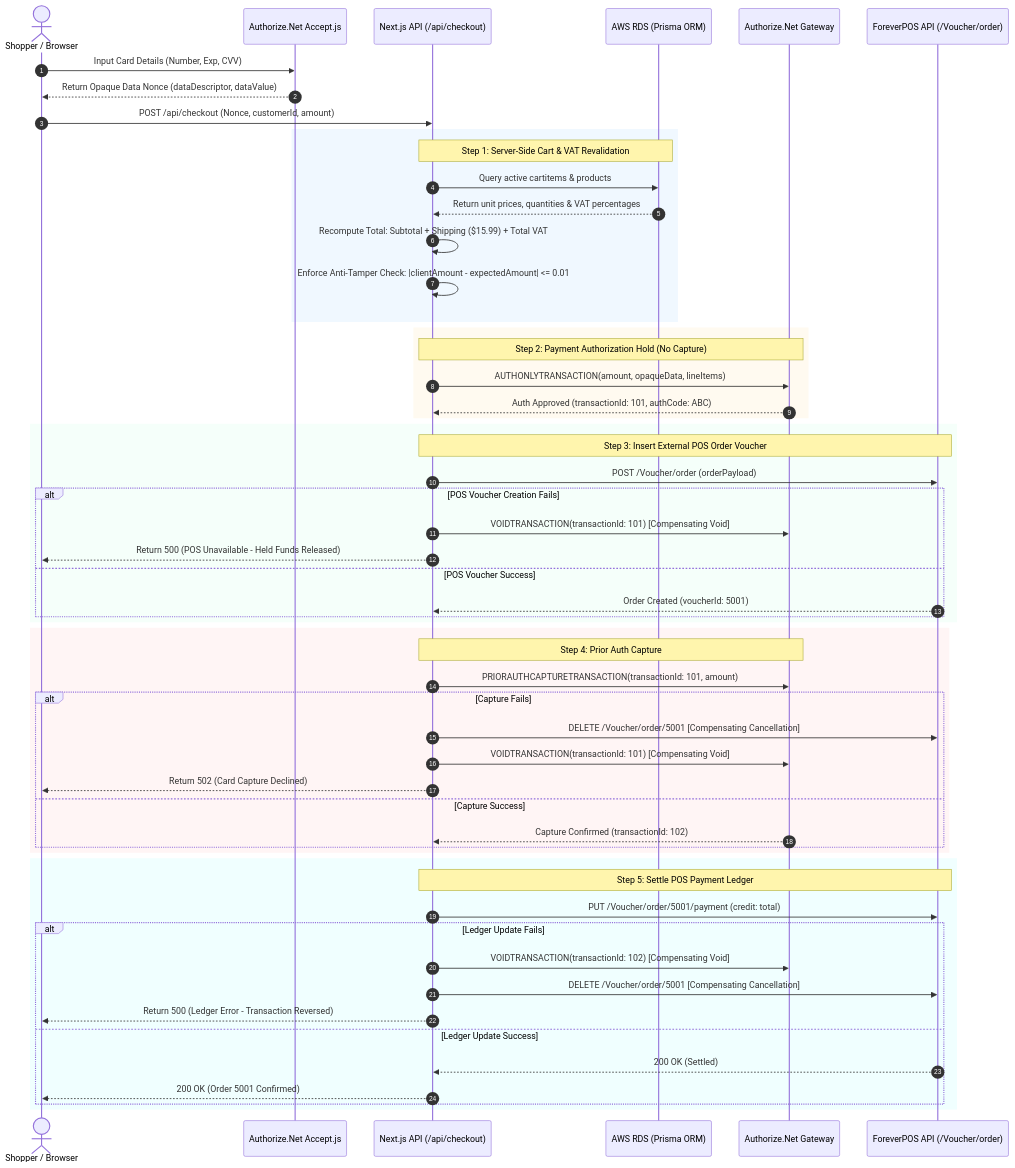
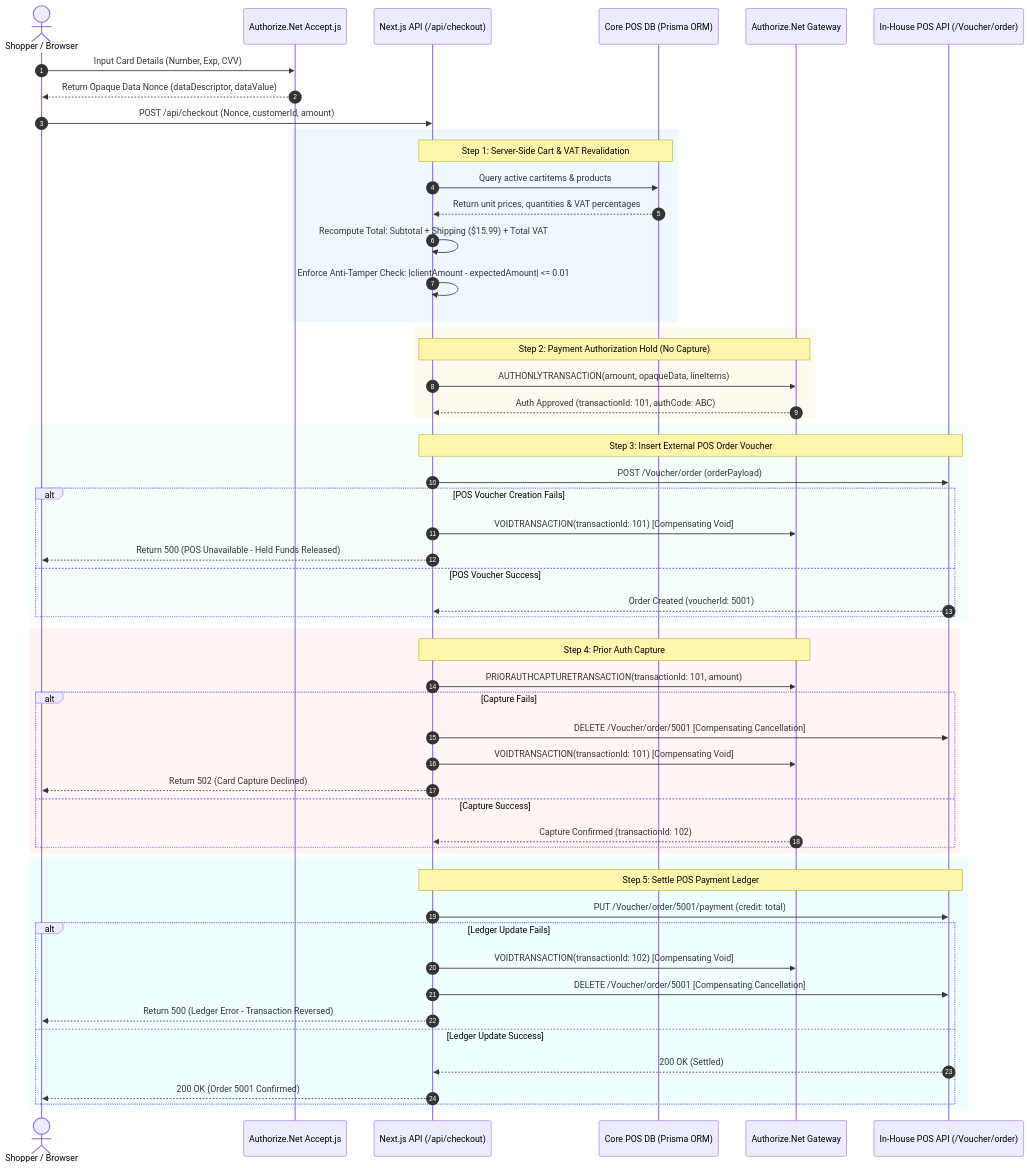
One commit to Nawaz393/omnichannel-ecommerce-platform-architecture changed the diagram in docs/payment-saga-and-fault-tolerance.md. Above: the diagram before and after it, drawn with Mermaid. The commit also changed other lines of this file and 17 other files, not shown here.

Commit message:
refactor: generalize proprietary names, eliminate lambda, and document direct POS DB/API architecture

````diff
--- a/docs/payment-saga-and-fault-tolerance.md
+++ b/docs/payment-saga-and-fault-tolerance.md
@@ -31,64 +31,64 @@
 ```mermaid
 sequenceDiagram
     autonumber
     actor Customer as Shopper / Browser
     participant AcceptJs as Authorize.Net Accept.js
     participant API as Next.js API (/api/checkout)
-    participant Prisma as AWS RDS (Prisma ORM)
+    participant Prisma as Core POS DB (Prisma ORM)
     participant AuthNet as Authorize.Net Gateway
-    participant POS as ForeverPOS API (/Voucher/order)
+    participant POS as In-House POS API (/Voucher/order)
 
     Customer->>AcceptJs: Input Card Details (Number, Exp, CVV)
     AcceptJs-->>Customer: Return Opaque Data Nonce (dataDescriptor, dataValue)
     Customer->>API: POST /api/checkout (Nonce, customerId, amount)
 
     rect rgb(240, 248, 255)
     Note over API,Prisma: Step 1: Server-Side Cart & VAT Revalidation
     API->>Prisma: Query active cartitems & products
     Prisma-->>API: Return unit prices, quantities & VAT percentages
     API->>API: Recompute Total: Subtotal + Shipping ($15.99) + Total VAT
     API->>API: Enforce Anti-Tamper Check: |clientAmount - expectedAmount| <= 0.01
     end
 
     rect rgb(255, 250, 240)
     Note over API,AuthNet: Step 2: Payment Authorization Hold (No Capture)
     API->>AuthNet: AUTHONLYTRANSACTION(amount, opaqueData, lineItems)
     AuthNet-->>API: Auth Approved (transactionId: 101, authCode: ABC)
     end
 
     rect rgb(245, 255, 250)
     Note over API,POS: Step 3: Insert External POS Order Voucher
     API->>POS: POST /Voucher/order (orderPayload)
     alt POS Voucher Creation Fails
         API->>AuthNet: VOIDTRANSACTION(transactionId: 101) [Compensating Void]
         API-->>Customer: Return 500 (POS Unavailable - Held Funds Released)
     else POS Voucher Success
         POS-->>API: Order Created (voucherId: 5001)
     end
     end
 
     rect rgb(255, 245, 245)
     Note over API,AuthNet: Step 4: Prior Auth Capture
     API->>AuthNet: PRIORAUTHCAPTURETRANSACTION(transactionId: 101, amount)
     alt Capture Fails
         API->>POS: DELETE /Voucher/order/5001 [Compensating Cancellation]
         API->>AuthNet: VOIDTRANSACTION(transactionId: 101) [Compensating Void]
         API-->>Customer: Return 502 (Card Capture Declined)
     else Capture Success
         AuthNet-->>API: Capture Confirmed (transactionId: 102)
     end
     end
 
     rect rgb(240, 255, 255)
     Note over API,POS: Step 5: Settle POS Payment Ledger
     API->>POS: PUT /Voucher/order/5001/payment (credit: total)
     alt Ledger Update Fails
         API->>AuthNet: VOIDTRANSACTION(transactionId: 102) [Compensating Void]
         API->>POS: DELETE /Voucher/order/5001 [Compensating Cancellation]
         API-->>Customer: Return 500 (Ledger Error - Transaction Reversed)
     else Ledger Update Success
         POS-->>API: 200 OK (Settled)
         API-->>Customer: 200 OK (Order 5001 Confirmed)
     end
     end
 ```
````
